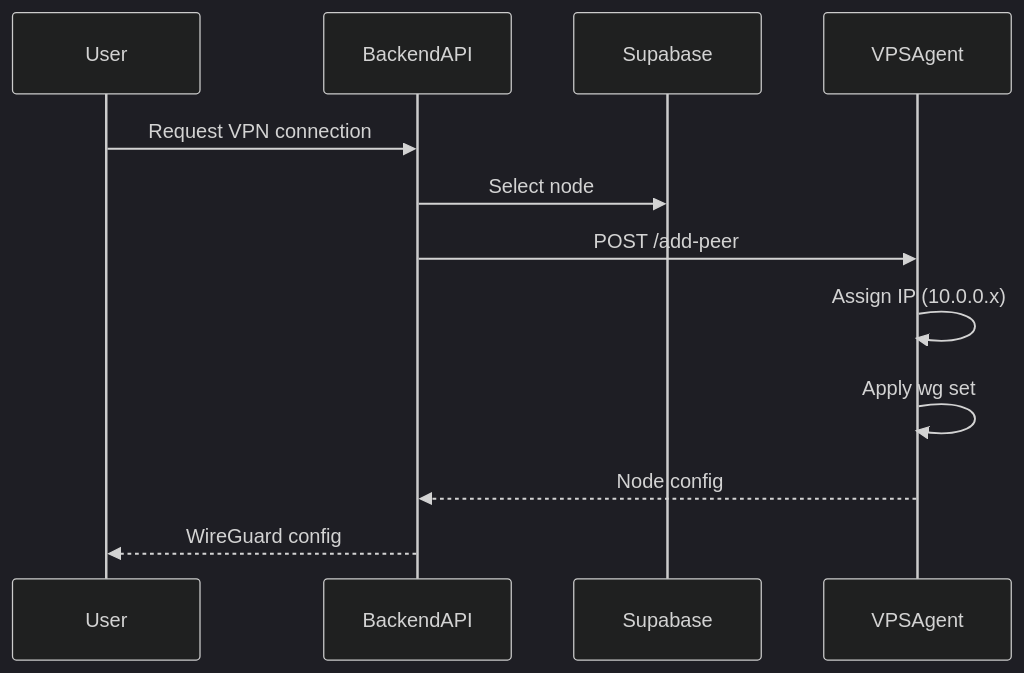
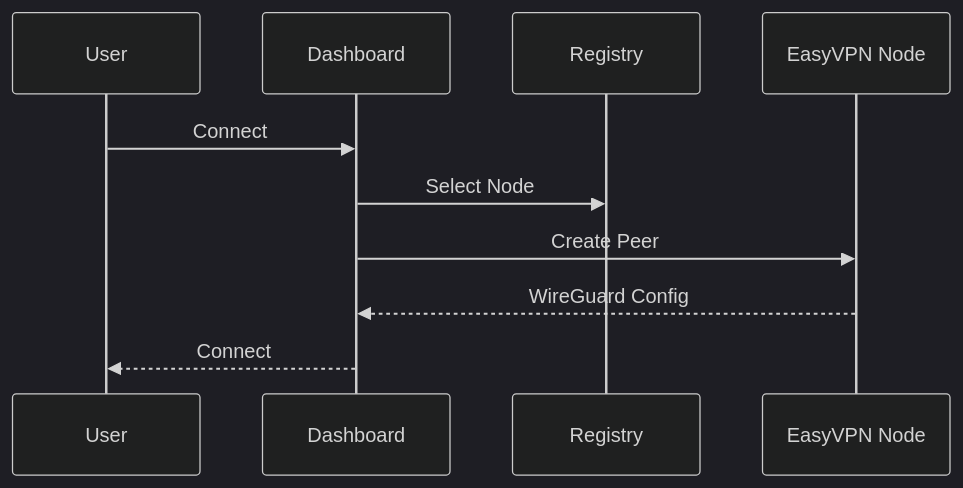
Before and after one commit to Erebus9456/EasyVPN-Backend: the second of 2 diagrams in README.md, drawn with Mermaid (dark theme). The commit also changed other lines of this file and 2 other files, not shown here.

Commit message:
docs: update README for clarity and improved descriptions of EasyVPN features and architecture

````diff
--- a/README.md
+++ b/README.md
@@ -160,11 +165,9 @@
 ```mermaid
 sequenceDiagram
 
-User->>BackendAPI: Request VPN connection
-BackendAPI->>Supabase: Select node
-BackendAPI->>VPSAgent: POST /add-peer
-VPSAgent->>VPSAgent: Assign IP (10.0.0.x)
-VPSAgent->>VPSAgent: Apply wg set
-VPSAgent-->>BackendAPI: Node config
-BackendAPI-->>User: WireGuard config
+    User->>Dashboard: Connect
+    Dashboard->>Registry: Select Node
+    Dashboard->>EasyVPN Node: Create Peer
+    EasyVPN Node-->>Dashboard: WireGuard Config
+    Dashboard-->>User: Connect
 ```
````
